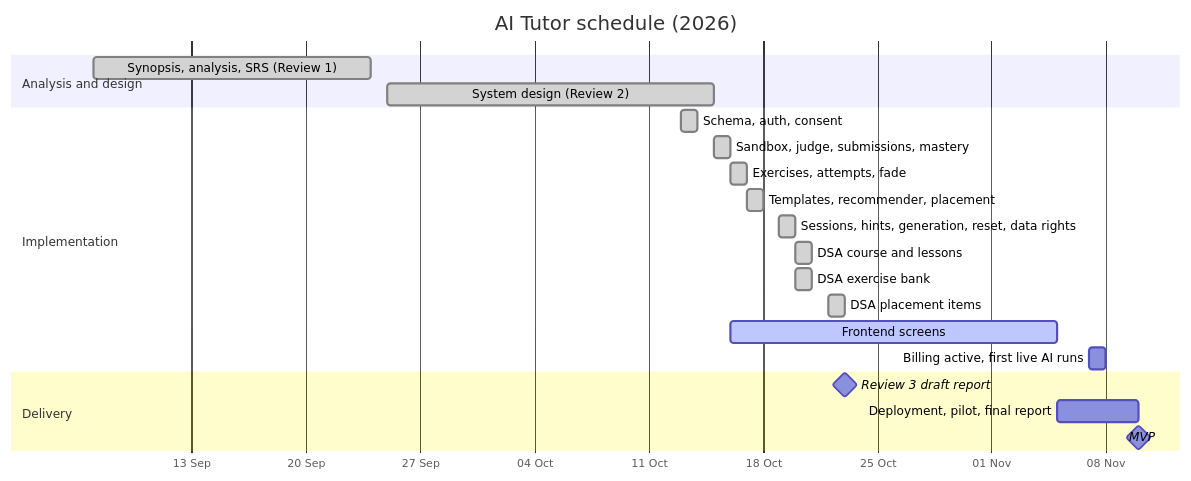
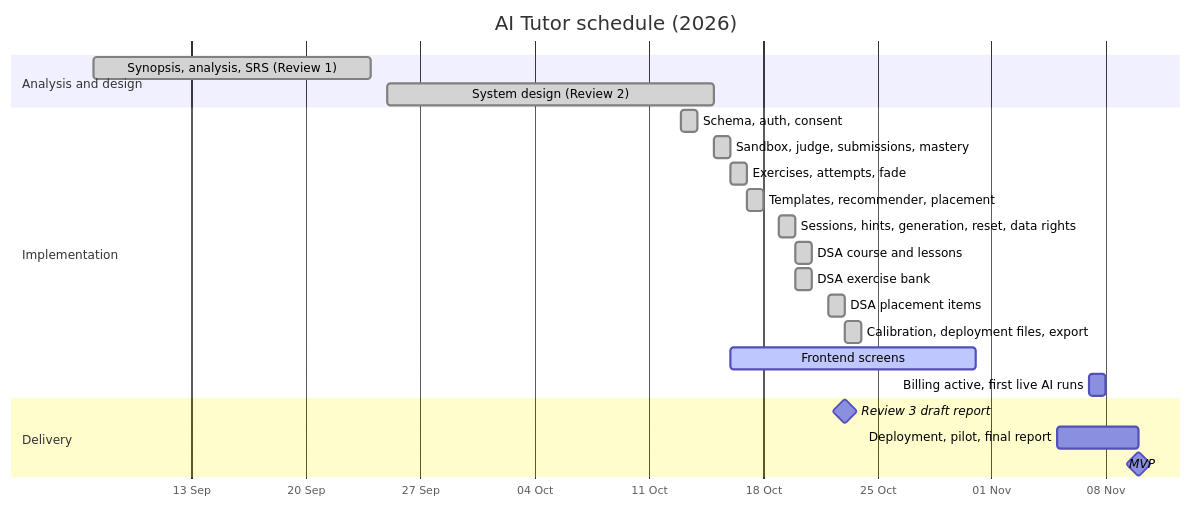
One commit to Nidanos/ai-tutor-platform changed the first of 27 diagrams in DOCS/phase-3/MP3-Draft-Report.md. Above: the diagram before and after it, drawn with Mermaid. The commit also changed other lines of this file and 1 other file, not shown here.

Commit message:
docs: update the phase 3 report for calibration, deployment, the pilot export and survey

````diff
--- a/DOCS/phase-3/MP3-Draft-Report.md
+++ b/DOCS/phase-3/MP3-Draft-Report.md
@@ -343,24 +347,25 @@
 ```mermaid
 gantt
   title AI Tutor schedule (2026)
   dateFormat YYYY-MM-DD
   axisFormat %d %b
   section Analysis and design
   Synopsis, analysis, SRS (Review 1)   :done, a, 2026-09-07, 2026-09-24
   System design (Review 2)             :done, b, 2026-09-25, 2026-10-15
   section Implementation
   Schema, auth, consent                :done, c, 2026-10-13, 2026-10-14
   Sandbox, judge, submissions, mastery :done, e, 2026-10-15, 2026-10-16
   Exercises, attempts, fade            :done, g, 2026-10-16, 1d
   Templates, recommender, placement    :done, j, 2026-10-17, 2026-10-18
   Sessions, hints, generation, reset, data rights :done, l, 2026-10-19, 1d
   DSA course and lessons               :done, r, 2026-10-20, 1d
   DSA exercise bank                    :done, s, 2026-10-20, 2026-10-21
   DSA placement items                  :done, t, 2026-10-22, 1d
-  Frontend screens                     :active, h, 2026-10-16, 2026-11-05
+  Calibration, deployment files, export :done, u, 2026-10-23, 1d
+  Frontend screens                     :active, h, 2026-10-16, 2026-10-31
   Billing active, first live AI runs   :i, 2026-11-07, 2026-11-08
   section Delivery
   Review 3 draft report                :milestone, 2026-10-23, 0d
   Deployment, pilot, final report      :k, 2026-11-05, 2026-11-10
   MVP                                  :milestone, 2026-11-10, 0d
 ```
````
